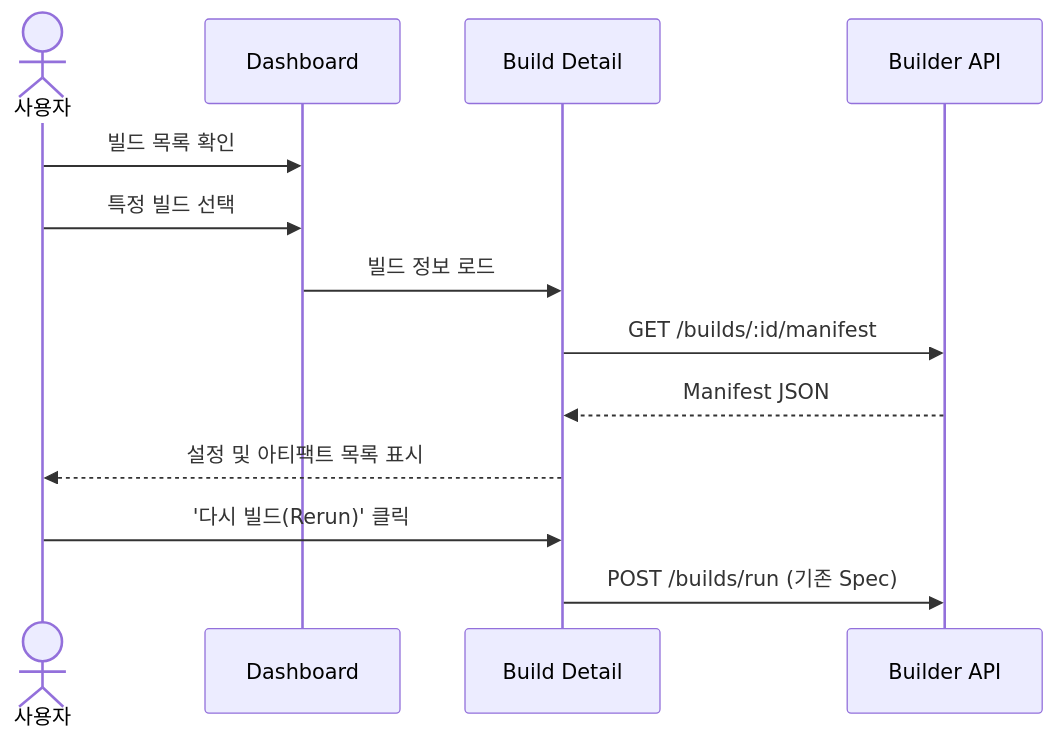
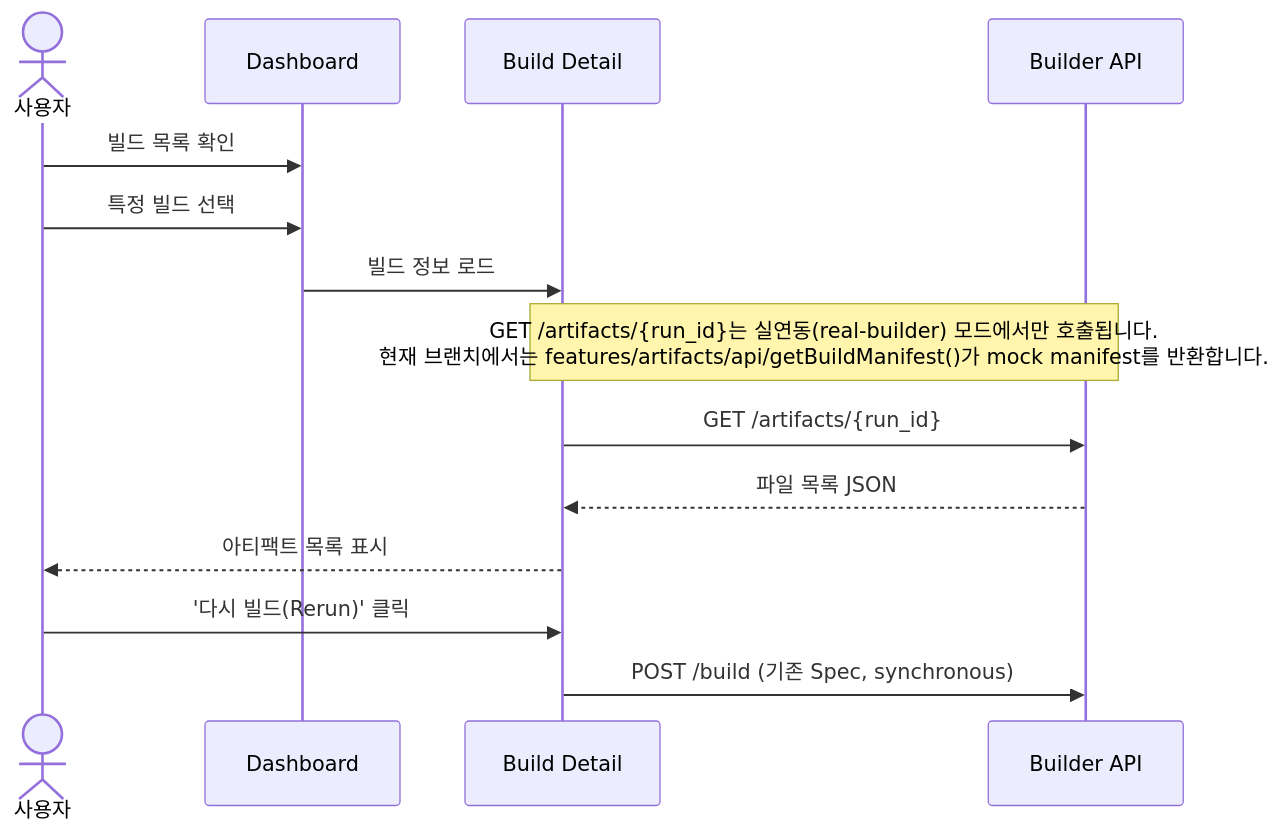
The second of 4 diagrams in USER_FLOWS.md (yeongseon/kpubdata-studio), drawn with Mermaid before and after one commit. The commit also changed other lines of this file and 4 other files, not shown here.

````diff
--- a/USER_FLOWS.md
+++ b/USER_FLOWS.md
@@ -55,16 +55,17 @@
 ```mermaid
 sequenceDiagram
     actor User as 사용자
     participant Dash as Dashboard
     participant Detail as Build Detail
     participant BAPI as Builder API
 
     User->>Dash: 빌드 목록 확인
     User->>Dash: 특정 빌드 선택
     Dash->>Detail: 빌드 정보 로드
-    Detail->>BAPI: GET /builds/:id/manifest
-    BAPI-->>Detail: Manifest JSON
-    Detail-->>User: 설정 및 아티팩트 목록 표시
+    Note over Detail,BAPI: GET /artifacts/{run_id}는 실연동(real-builder) 모드에서만 호출됩니다.<br/>현재 브랜치에서는 features/artifacts/api/getBuildManifest()가 mock manifest를 반환합니다.
+    Detail->>BAPI: GET /artifacts/{run_id}
+    BAPI-->>Detail: 파일 목록 JSON
+    Detail-->>User: 아티팩트 목록 표시
     User->>Detail: '다시 빌드(Rerun)' 클릭
-    Detail->>BAPI: POST /builds/run (기존 Spec)
+    Detail->>BAPI: POST /build (기존 Spec, synchronous)
 ```
````
